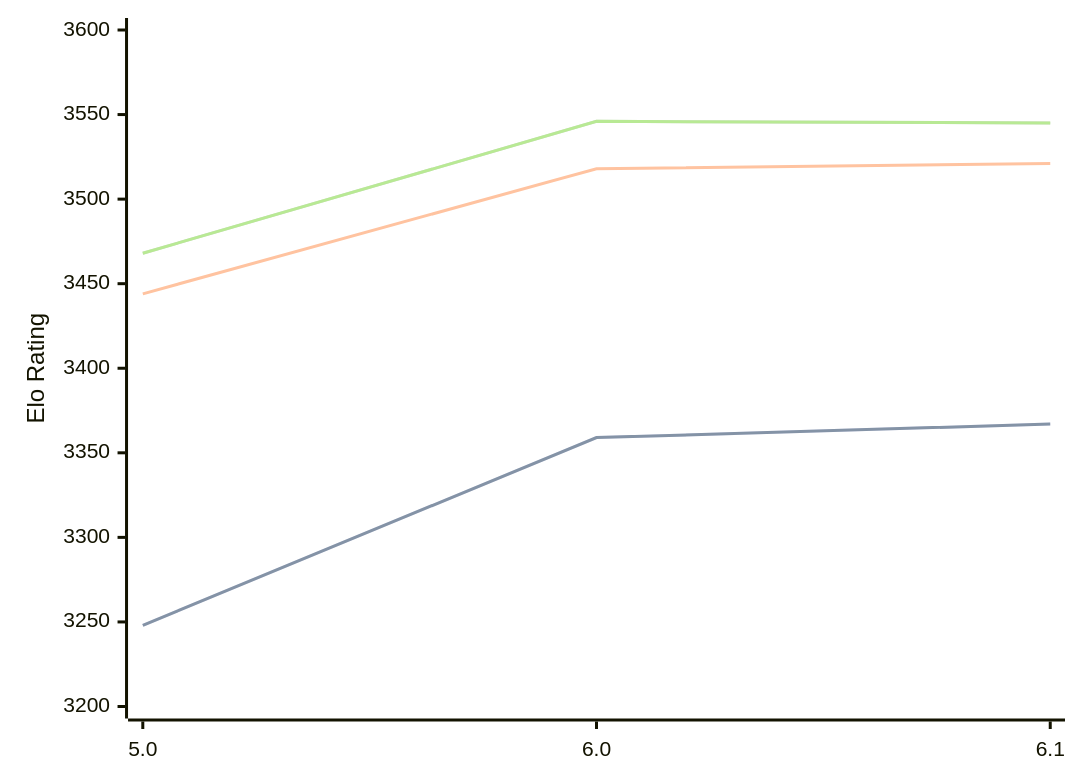
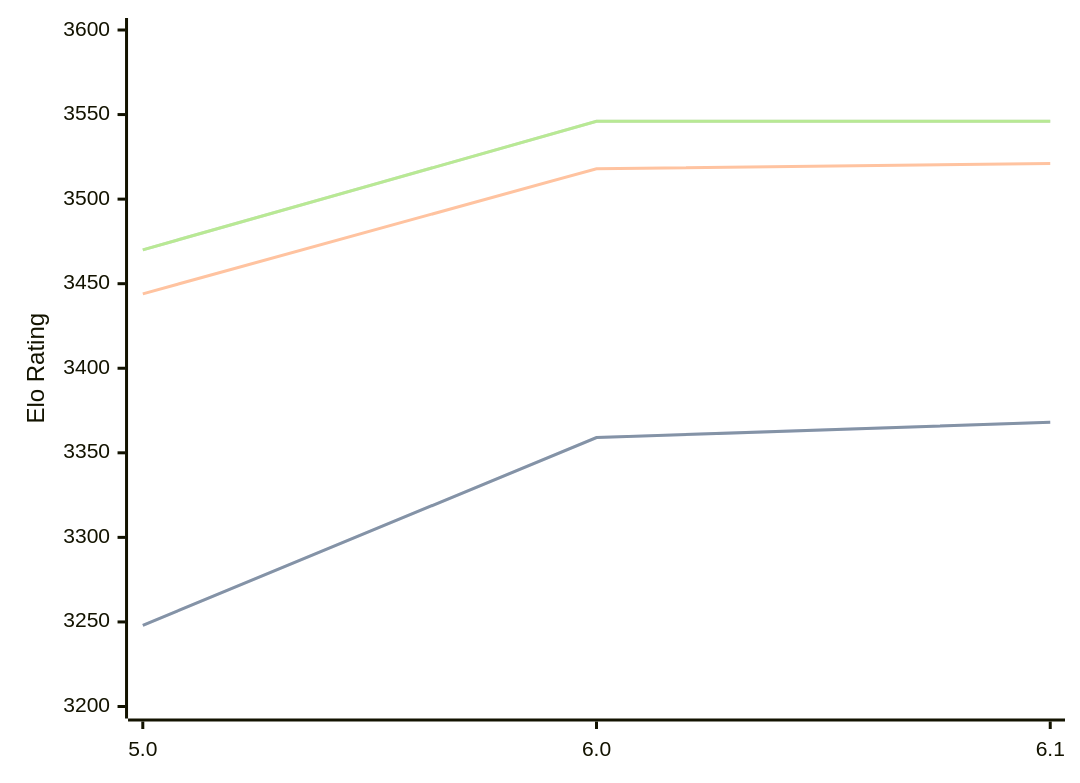
One commit to computer-chess-index/cci changed the diagram in engines/Starzix.md. Above: the diagram before and after it, drawn with Mermaid. The commit also changed other lines of this file, not shown here.

Commit message:
Update CCI Ratings (ELO VLTC) - 2026-02-19

````diff
--- a/engines/Starzix.md
+++ b/engines/Starzix.md
@@ -34,11 +34,11 @@
 ```mermaid
 %%{init: {"theme":"base","themeVariables":{"seriesColors:['#a3a3a3','#222221','#faa371']}}}%%
 xychart-beta
   x-axis ["5.0", "6.0", "6.1"]
   y-axis "Elo Rating" 3200 --> 3600
-  line "STC (8.0+0.08s)" [3248, 3359, 3367]
-  line "STC (8.0+0.08s)" [3248, 3359, 3367]
+  line "STC (8.0+0.08s)" [3248, 3359, 3368]
+  line "STC (8.0+0.08s)" [3248, 3359, 3368]
   line "LTC (60.0+0.60s)" [3444, 3518, 3521]
-  line "VLTC (2m24s+1.12s)" [3468, 3546, 3545]
-  line "VLTC (2m24s+1.12s)" [3468, 3546, 3545]
+  line "VLTC (2m24s+1.12s)" [3470, 3546, 3546]
+  line "VLTC (2m24s+1.12s)" [3470, 3546, 3546]
 ```
````
